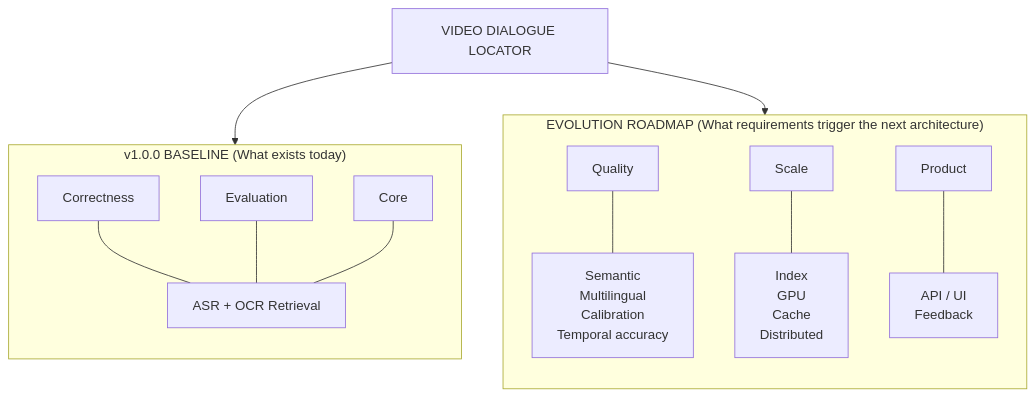
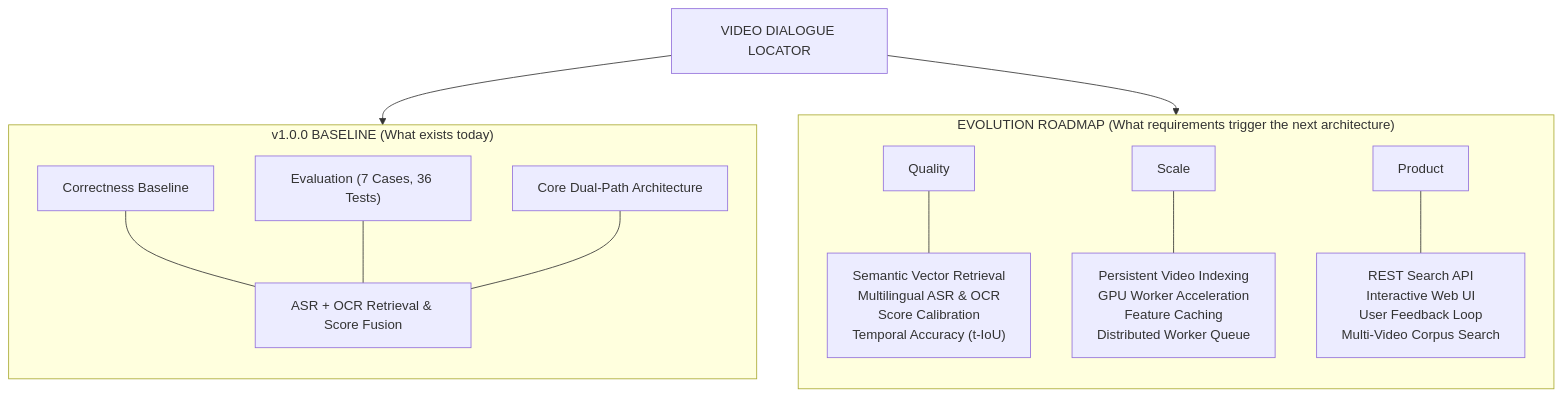
The third of 3 diagrams in docs/ENGINEERING_ROADMAP.md (Saravanan7272/quest1), drawn with Mermaid before and after one commit. The commit also changed other lines of this file, not shown here.

Commit message:
docs: update ENGINEERING_ROADMAP.md and prompts.txt with strict accuracy refinements and Section 16 matrix

````diff
--- a/docs/ENGINEERING_ROADMAP.md
+++ b/docs/ENGINEERING_ROADMAP.md
@@ -83,34 +96,34 @@
 ```mermaid
 flowchart TD
     ROOT["VIDEO DIALOGUE LOCATOR"]
     
     subgraph BASELINE["v1.0.0 BASELINE (What exists today)"]
         direction TB
-        B_CORRECT["Correctness"]
-        B_EVAL["Evaluation"]
-        B_CORE["Core"]
-        B_RETR["ASR + OCR Retrieval"]
+        B_CORRECT["Correctness Baseline"]
+        B_EVAL["Evaluation (7 Cases, 36 Tests)"]
+        B_CORE["Core Dual-Path Architecture"]
+        B_RETR["ASR + OCR Retrieval & Score Fusion"]
         
         B_CORRECT --- B_RETR
         B_EVAL --- B_RETR
         B_CORE --- B_RETR
     end
 
     subgraph ROADMAP["EVOLUTION ROADMAP (What requirements trigger the next architecture)"]
         direction TB
         R_QUAL["Quality"]
         R_SCALE["Scale"]
         R_PROD["Product"]
         
-        R_QUAL_DETAILS["Semantic<br/>Multilingual<br/>Calibration<br/>Temporal accuracy"]
-        R_SCALE_DETAILS["Index<br/>GPU<br/>Cache<br/>Distributed"]
-        R_PROD_DETAILS["API / UI<br/>Feedback"]
+        R_QUAL_DETAILS["Semantic Vector Retrieval<br/>Multilingual ASR & OCR<br/>Score Calibration<br/>Temporal Accuracy (t-IoU)"]
+        R_SCALE_DETAILS["Persistent Video Indexing<br/>GPU Worker Acceleration<br/>Feature Caching<br/>Distributed Worker Queue"]
+        R_PROD_DETAILS["REST Search API<br/>Interactive Web UI<br/>User Feedback Loop<br/>Multi-Video Corpus Search"]
         
         R_QUAL --- R_QUAL_DETAILS
         R_SCALE --- R_SCALE_DETAILS
         R_PROD --- R_PROD_DETAILS
     end
 
     ROOT --> BASELINE
     ROOT --> ROADMAP
 ```
````
